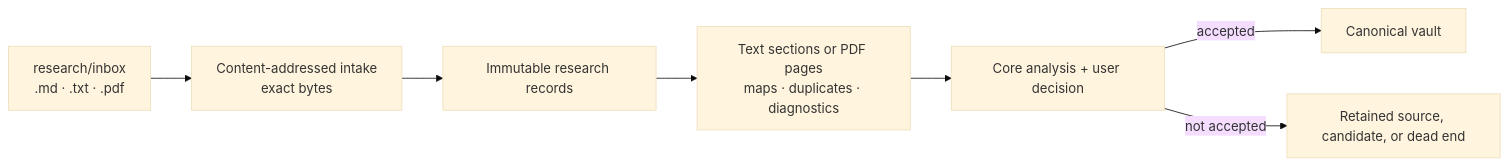
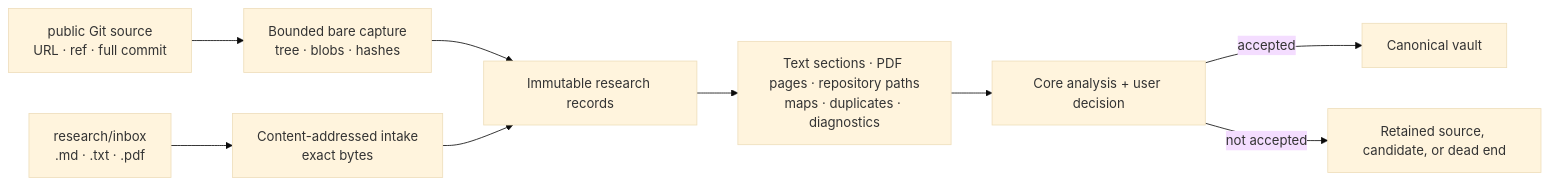
One commit to hancockm/governed-codex-bootstrap changed the second of 9 diagrams in docs/SYSTEM_USER_GUIDE.md. Above: the diagram before and after it, drawn with Mermaid (base theme). The commit also changed other lines of this file and 34 other files, not shown here.

Commit message:
feat(research): add bounded Git source adapter

````diff
--- a/docs/SYSTEM_USER_GUIDE.md
+++ b/docs/SYSTEM_USER_GUIDE.md
@@ -209,9 +235,11 @@
 ```mermaid
 flowchart LR
     Raw["research/inbox<br/>.md · .txt · .pdf"] --> Intake["Content-addressed intake<br/>exact bytes"]
+    Git["public Git source<br/>URL · ref · full commit"] --> Snapshot["Bounded bare capture<br/>tree · blobs · hashes"]
+    Snapshot --> Records
     Intake --> Records["Immutable research records"]
-    Records --> Organize["Text sections or PDF pages<br/>maps · duplicates · diagnostics"]
+    Records --> Organize["Text sections · PDF pages · repository paths<br/>maps · duplicates · diagnostics"]
     Organize --> Review["Core analysis + user decision"]
     Review -->|accepted| Canonical["Canonical vault"]
     Review -->|not accepted| Evidence["Retained source, candidate, or dead end"]
 ```
````
